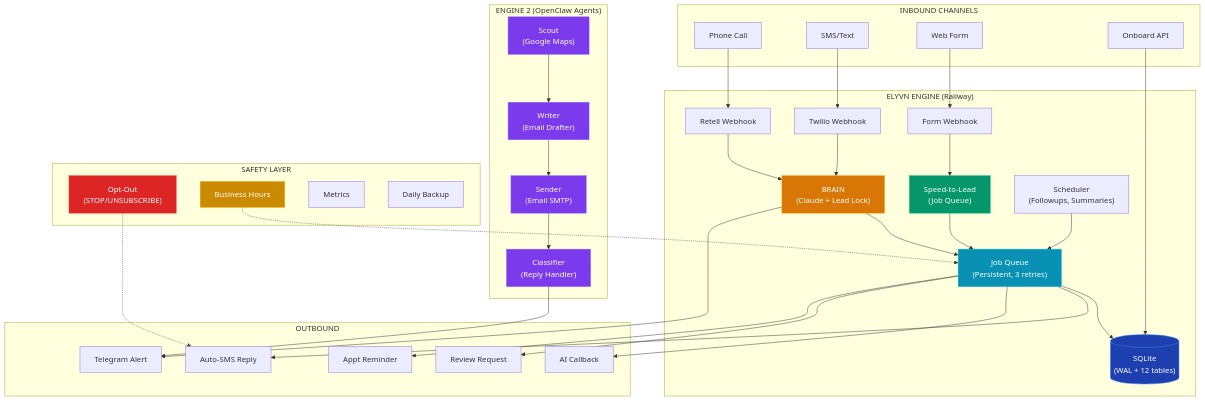
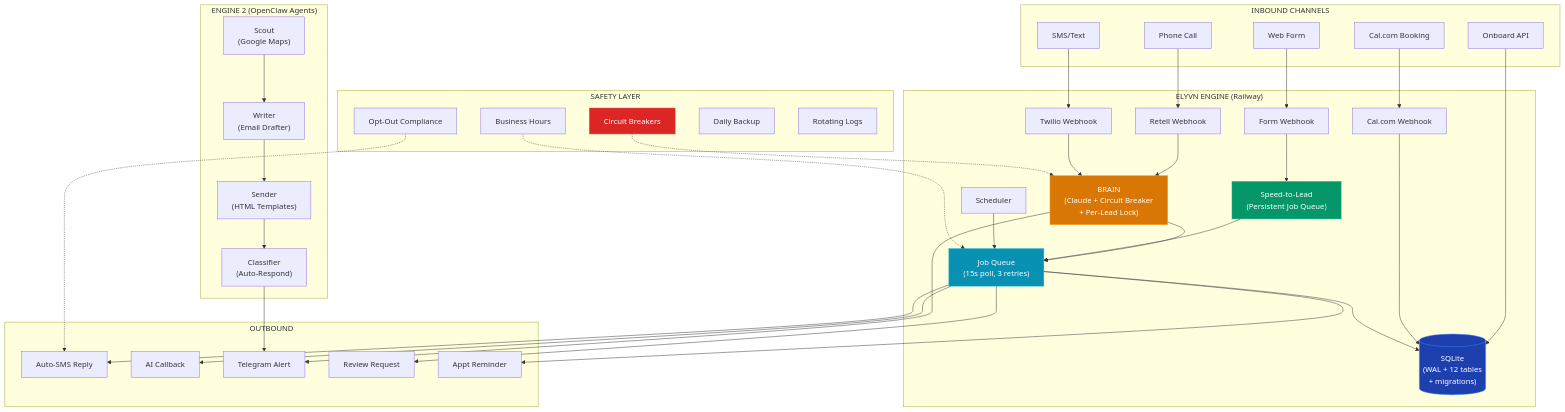
The first of 3 diagrams in README.md (sweetsinai/elyvn), drawn with Mermaid before and after one commit. The commit also changed other lines of this file, not shown here.

Commit message:
docs: complete README rewrite — all systems, webhook ordering, security matrix

````diff
--- a/README.md
+++ b/README.md
@@ -45,81 +45,82 @@
 ```mermaid
 graph TB
     subgraph INBOUND["INBOUND CHANNELS"]
         CALL["Phone Call"]
         SMS["SMS/Text"]
         FORM["Web Form"]
+        CALWH["Cal.com Booking"]
         ONBOARD["Onboard API"]
     end
 
     subgraph ENGINE["ELYVN ENGINE (Railway)"]
         RETELL["Retell Webhook"]
         TWILIO["Twilio Webhook"]
         FORMWH["Form Webhook"]
-        BRAIN["BRAIN\n(Claude + Lead Lock)"]
-        STL["Speed-to-Lead\n(Job Queue)"]
-        SCHED["Scheduler\n(Followups, Summaries)"]
-        JOBQ["Job Queue\n(Persistent, 3 retries)"]
-        DB[("SQLite\n(WAL + 12 tables)")]
+        CALCOM["Cal.com Webhook"]
+        BRAIN["BRAIN\n(Claude + Circuit Breaker\n+ Per-Lead Lock)"]
+        STL["Speed-to-Lead\n(Persistent Job Queue)"]
+        SCHED["Scheduler"]
+        JOBQ["Job Queue\n(15s poll, 3 retries)"]
+        DB[("SQLite\n(WAL + 12 tables\n+ migrations)")]
     end
 
     subgraph OUTBOUND["OUTBOUND"]
         SMSO["Auto-SMS Reply"]
         CALLBACK["AI Callback"]
         TGNOTIFY["Telegram Alert"]
         REVIEW["Review Request"]
         REMIND["Appt Reminder"]
     end
 
     subgraph MARKETING["ENGINE 2 (OpenClaw Agents)"]
         SCOUT["Scout\n(Google Maps)"]
         WRITER["Writer\n(Email Drafter)"]
-        SENDER["Sender\n(Email SMTP)"]
-        CLASSIFIER["Classifier\n(Reply Handler)"]
+        SENDER["Sender\n(HTML Templates)"]
+        CLASSIFIER["Classifier\n(Auto-Respond)"]
     end
 
     subgraph SAFETY["SAFETY LAYER"]
-        OPTOUT["Opt-Out\n(STOP/UNSUBSCRIBE)"]
+        OPTOUT["Opt-Out Compliance"]
         BIZHRS["Business Hours"]
-        METRICS["Metrics"]
+        CIRCUIT["Circuit Breakers"]
         BACKUP["Daily Backup"]
+        LOG["Rotating Logs"]
     end
 
     CALL --> RETELL
     SMS --> TWILIO
     FORM --> FORMWH
+    CALWH --> CALCOM
     ONBOARD --> DB
 
     RETELL --> BRAIN
     TWILIO --> BRAIN
     FORMWH --> STL
+    CALCOM --> DB
 
     BRAIN --> JOBQ
     STL --> JOBQ
     SCHED --> JOBQ
     JOBQ --> DB
 
     JOBQ --> SMSO
     JOBQ --> CALLBACK
     BRAIN --> TGNOTIFY
     JOBQ --> REVIEW
     JOBQ --> REMIND
 
     OPTOUT -.-> SMSO
     BIZHRS -.-> JOBQ
+    CIRCUIT -.-> BRAIN
 
     SCOUT --> WRITER
     WRITER --> SENDER
     SENDER --> CLASSIFIER
     CLASSIFIER --> TGNOTIFY
 
     style BRAIN fill:#D97706,stroke:#F59E0B,color:#fff
     style STL fill:#059669,stroke:#10B981,color:#fff
     style JOBQ fill:#0891B2,stroke:#06B6D4,color:#fff
     style DB fill:#1E40AF,stroke:#3B82F6,color:#fff
-    style SCOUT fill:#7C3AED,stroke:#8B5CF6,color:#fff
-    style WRITER fill:#7C3AED,stroke:#8B5CF6,color:#fff
-    style SENDER fill:#7C3AED,stroke:#8B5CF6,color:#fff
-    style CLASSIFIER fill:#7C3AED,stroke:#8B5CF6,color:#fff
-    style OPTOUT fill:#DC2626,stroke:#EF4444,color:#fff
-    style BIZHRS fill:#CA8A04,stroke:#EAB308,color:#fff
+    style CIRCUIT fill:#DC2626,stroke:#EF4444,color:#fff
 ```
````
